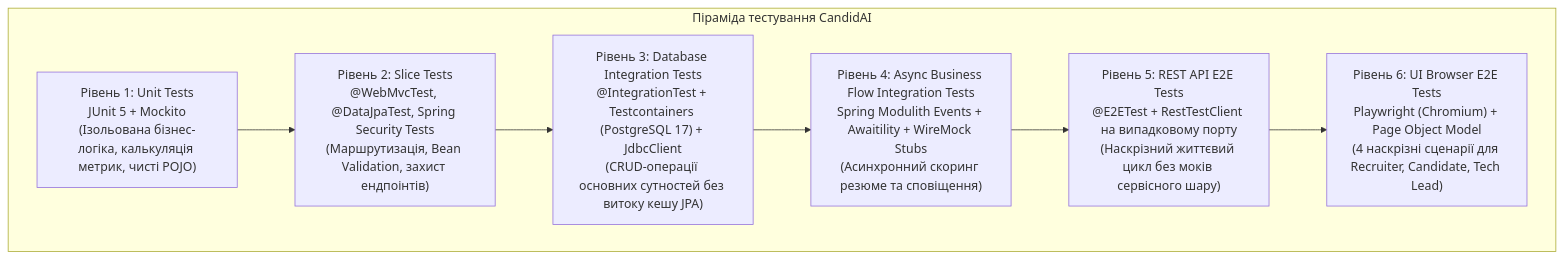
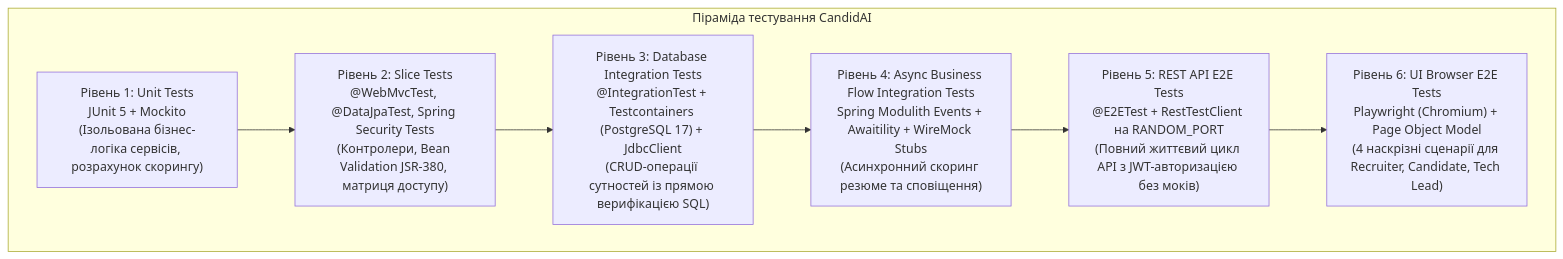
The diagram in docs/practice-8-report.md (humaNukr/CandidAI), drawn with Mermaid before and after one commit. The commit also changed other lines of this file and 7 other files, not shown here.

````diff
--- a/docs/practice-8-report.md
+++ b/docs/practice-8-report.md
@@ -19,17 +11,17 @@
 ```mermaid
 flowchart TD
     subgraph Pyramid ["Піраміда тестування CandidAI"]
         L6["Рівень 6: UI Browser E2E Tests\nPlaywright (Chromium) + Page Object Model\n(4 наскрізні сценарії для Recruiter, Candidate, Tech Lead)"]
-        L5["Рівень 5: REST API E2E Tests\n@E2ETest + RestTestClient на випадковому порту\n(Наскрізний життєвий цикл без моків сервісного шару)"]
+        L5["Рівень 5: REST API E2E Tests\n@E2ETest + RestTestClient на RANDOM_PORT\n(Повний життєвий цикл API з JWT-авторизацією без моків)"]
         L4["Рівень 4: Async Business Flow Integration Tests\nSpring Modulith Events + Awaitility + WireMock Stubs\n(Асинхронний скоринг резюме та сповіщення)"]
-        L3["Рівень 3: Database Integration Tests\n@IntegrationTest + Testcontainers (PostgreSQL 17) + JdbcClient\n(CRUD-операції основних сутностей без витоку кешу JPA)"]
-        L2["Рівень 2: Slice Tests\n@WebMvcTest, @DataJpaTest, Spring Security Tests\n(Маршрутизація, Bean Validation, захист ендпоінтів)"]
-        L1["Рівень 1: Unit Tests\nJUnit 5 + Mockito\n(Ізольована бізнес-логіка, калькуляція метрик, чисті POJO)"]
+        L3["Рівень 3: Database Integration Tests\n@IntegrationTest + Testcontainers (PostgreSQL 17) + JdbcClient\n(CRUD-операції сутностей із прямою верифікацією SQL)"]
+        L2["Рівень 2: Slice Tests\n@WebMvcTest, @DataJpaTest, Spring Security Tests\n(Контролери, Bean Validation JSR-380, матриця доступу)"]
+        L1["Рівень 1: Unit Tests\nJUnit 5 + Mockito\n(Ізольована бізнес-логіка сервісів, розрахунок скорингу)"]
     end
 
     L1 --> L2
     L2 --> L3
     L3 --> L4
     L4 --> L5
     L5 --> L6
 ```
````
